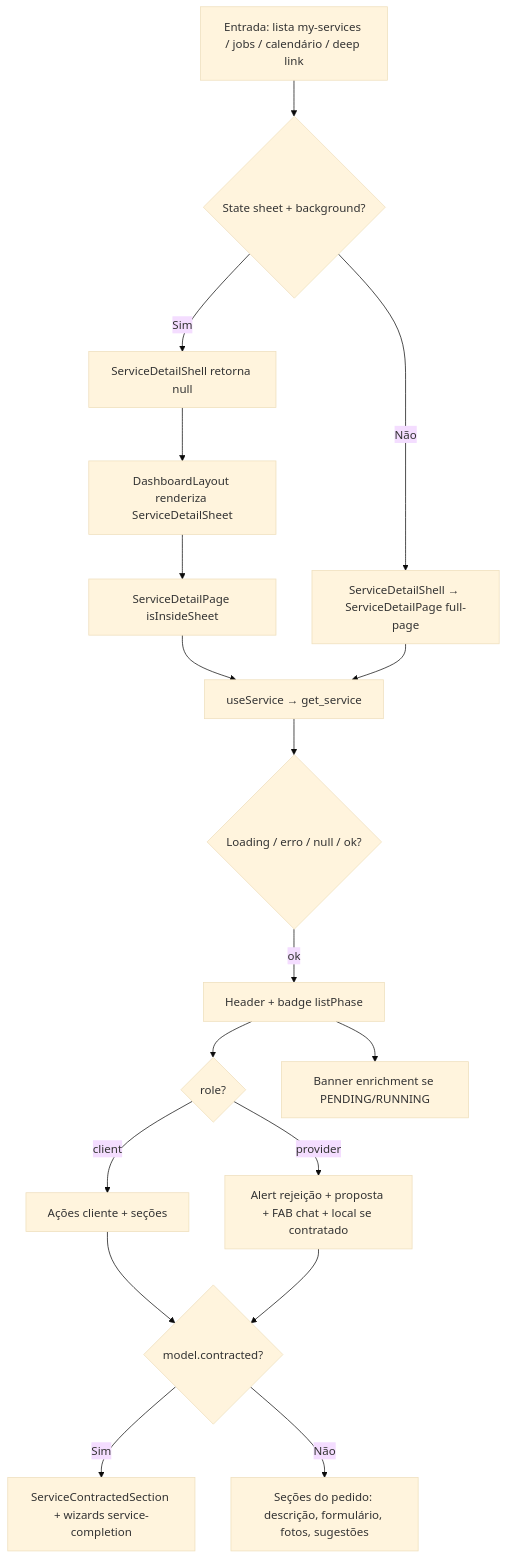
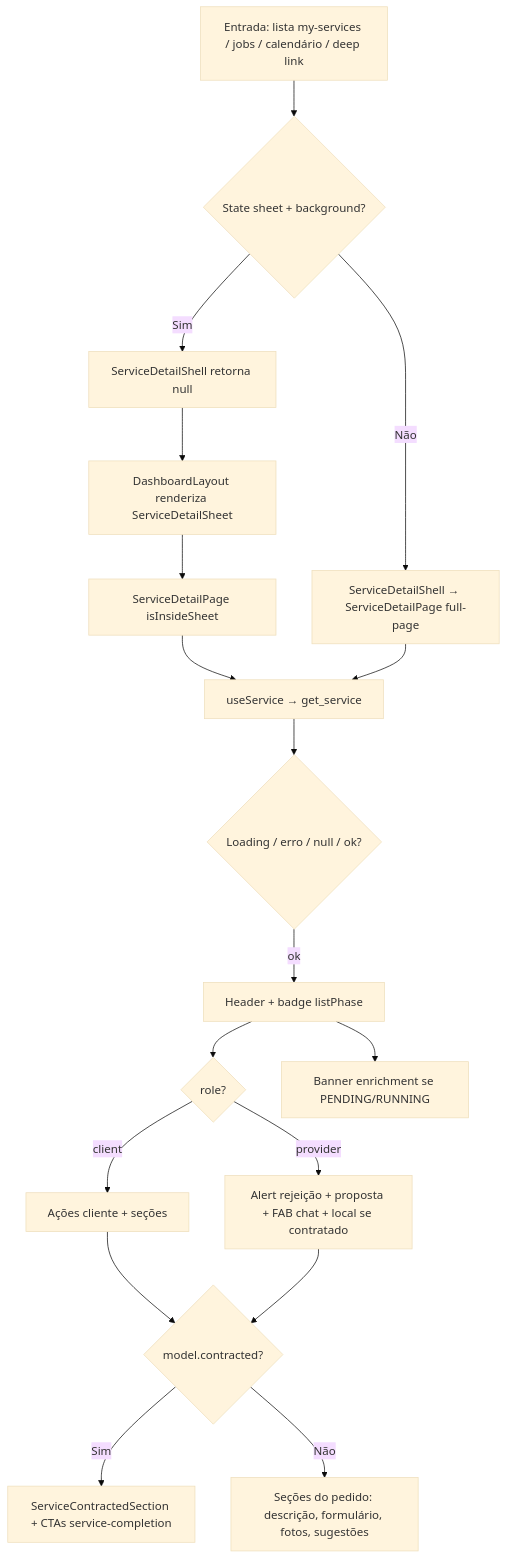
One commit to higorpo/renovi-orbit-test changed the diagram in docs/business/modulos/view-services/features/visualizacao-de-servicos.md. Above: the diagram before and after it, drawn with Mermaid (base theme). The commit also changed other lines of this file and 42 other files, not shown here.

First line of the commit message:
Enhance service completion features and improve documentation

````diff
--- a/docs/business/modulos/view-services/features/visualizacao-de-servicos.md
+++ b/docs/business/modulos/view-services/features/visualizacao-de-servicos.md
@@ -63,20 +63,20 @@
 ```mermaid
 flowchart TD
   A[Entrada: lista my-services / jobs / calendário / deep link] --> B{State sheet + background?}
   B -->|Sim| C[ServiceDetailShell retorna null]
   C --> D[DashboardLayout renderiza ServiceDetailSheet]
   D --> E[ServiceDetailPage isInsideSheet]
   B -->|Não| F[ServiceDetailShell → ServiceDetailPage full-page]
   E --> G[useService → get_service]
   F --> G
   G --> H{Loading / erro / null / ok?}
   H -->|ok| I[Header + badge listPhase]
   I --> J{role?}
   J -->|client| K[Ações cliente + seções]
   J -->|provider| L[Alert rejeição + proposta + FAB chat + local se contratado]
   K --> M{model.contracted?}
   L --> M
-  M -->|Sim| N[ServiceContractedSection + wizards service-completion]
+  M -->|Sim| N[ServiceContractedSection + CTAs service-completion]
   M -->|Não| O[Seções do pedido: descrição, formulário, fotos, sugestões]
   I --> ENR[Banner enrichment se PENDING/RUNNING]
 ```
````
